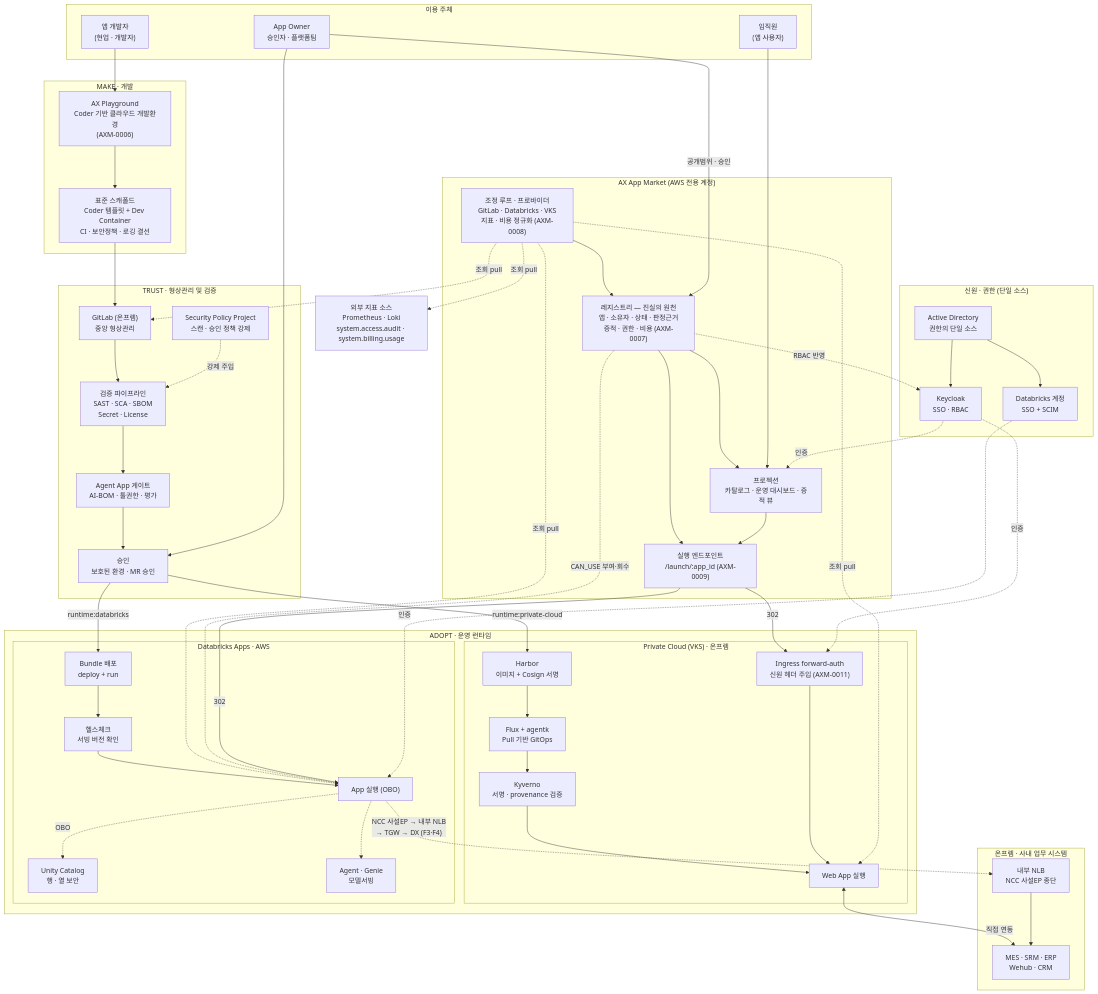
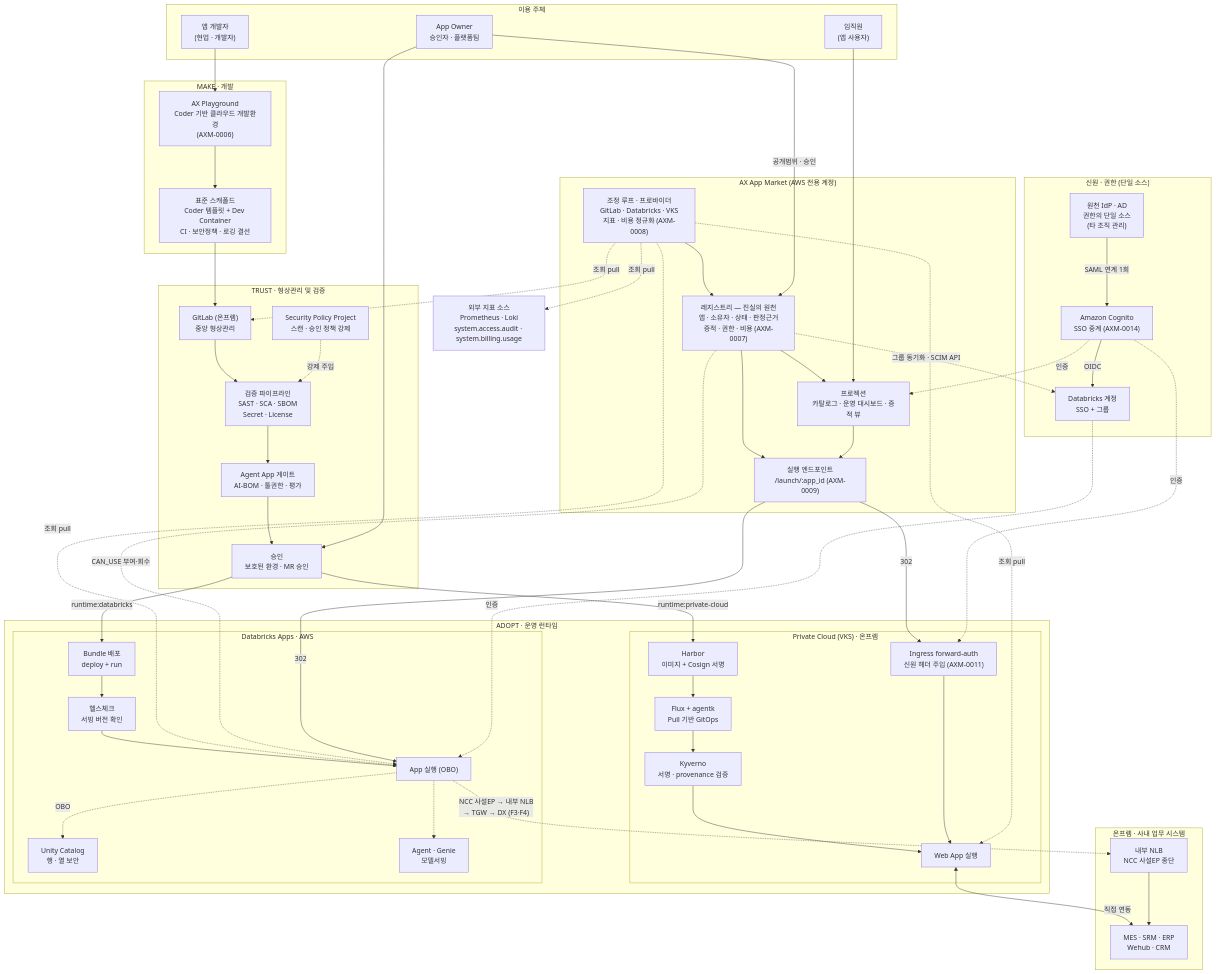
The second of 3 diagrams in docs/design/03-runtime-decision-and-architecture.md (arch-shlee/sk-ax-market), drawn with Mermaid before and after one commit. The commit also changed other lines of this file and 14 other files, not shown here.

First line of the commit message:
docs: 인프라 아키텍처 특성 · Cognito SSO 중계 · 로그인 프록시 · Fargate 결정

```diff
--- a/docs/design/03-runtime-decision-and-architecture.md
+++ b/docs/design/03-runtime-decision-and-architecture.md
@@ -195,11 +195,11 @@
     end
 
     subgraph IDENTITY["신원 · 권한 (단일 소스)"]
-        AD["Active Directory<br/>권한의 단일 소스"]
-        KC["Keycloak<br/>SSO · RBAC"]
-        DBXID["Databricks 계정<br/>SSO + SCIM"]
-        AD --> KC
-        AD --> DBXID
+        AD["원천 IdP · AD<br/>권한의 단일 소스<br/>(타 조직 관리)"]
+        KC["Amazon Cognito<br/>SSO 중계 (AXM-0014)"]
+        DBXID["Databricks 계정<br/>SSO + 그룹"]
+        AD -->|SAML 연계 1회| KC
+        KC -->|OIDC| DBXID
     end
 
     subgraph MAKE["MAKE · 개발"]
@@ -276,7 +276,7 @@
     OWN -->|"공개범위 · 승인"| REG
     OWN --> APR
     REG -.CAN_USE 부여·회수.-> DBXAPP
-    REG -.RBAC 반영.-> KC
+    REG -.그룹 동기화 · SCIM API.-> DBXID
 
     EMP --> VIEW
     VIEW --> LAUNCH
```
